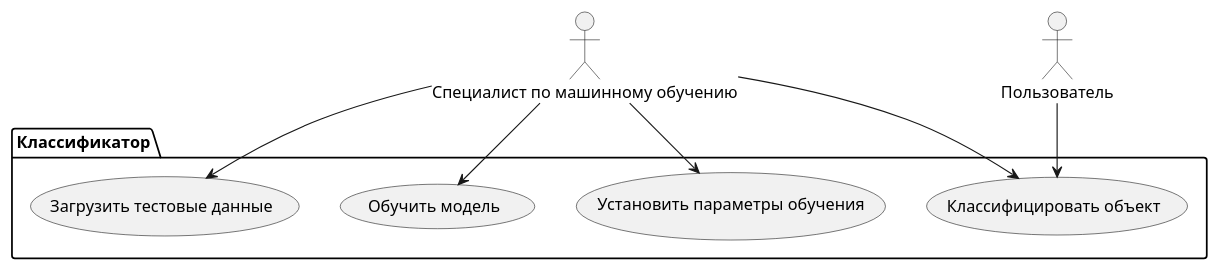
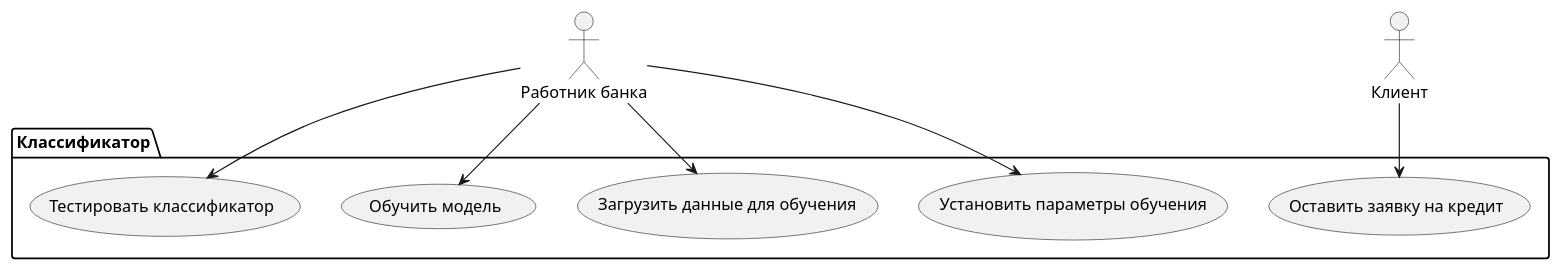
One commit to heazzed/oop-in-web changed the diagram in checkpoints/1/context.puml. Above: the diagram before and after it, drawn with PlantUML. The commit also changed 12 other files, not shown here.

```diff
--- a/checkpoints/1/context.puml
+++ b/checkpoints/1/context.puml
@@ -1,21 +1,21 @@
 @startuml
 'context-view'
 
 package Классификатор{
   usecase "Установить параметры обучения" as set_params
+  usecase "Загрузить данные для обучения" as set_test_data
   usecase "Обучить модель" as train_model
-  usecase "Загрузить тестовые данные" as set_test_data
-  usecase "Классифицировать объект" as classify_object
+  usecase "Тестировать классификатор" as test_model
+  usecase "Оставить заявку на кредит" as request_credit
 }
 
-actor "Специалист по машинному обучению" as specialist
-actor "Пользователь" as user
+actor "Работник банка" as specialist
+actor "Клиент" as client
 
 specialist --> set_test_data
 specialist --> set_params
 specialist --> train_model
-specialist --> classify_object
+specialist --> test_model
 
-
-user --> classify_object
+client --> request_credit
 @enduml
```
